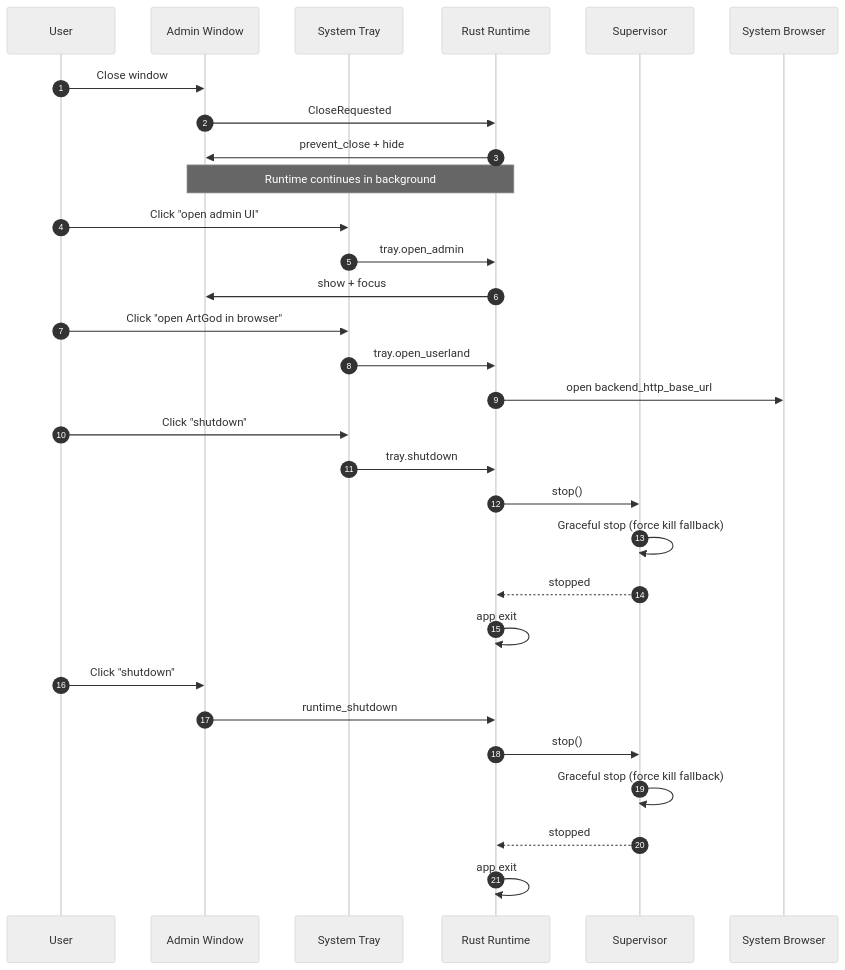
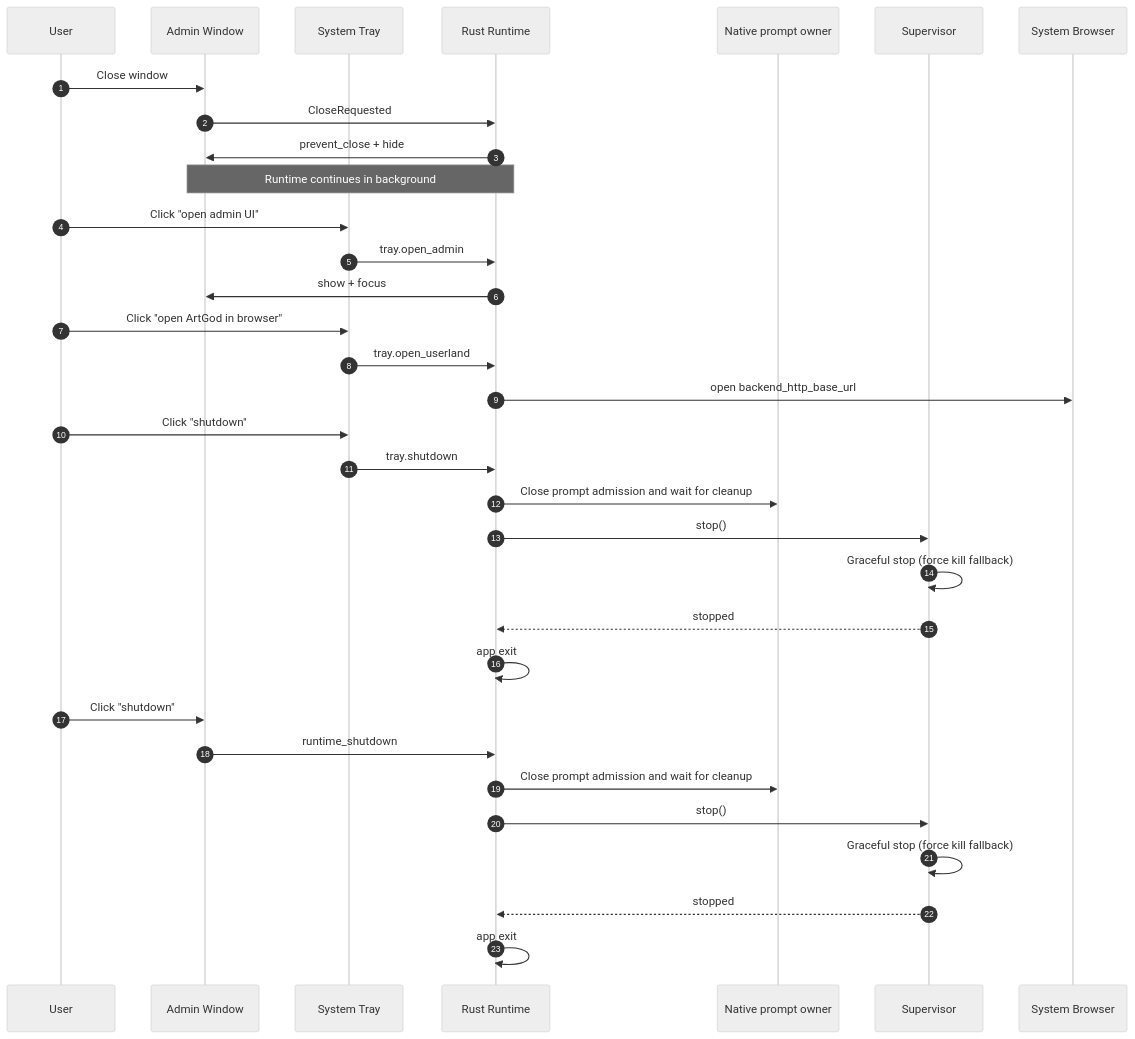
Before and after one commit to d347h-eth/artgod: the diagram in docs/diagrams/03-desktop-window-tray-operations.md, drawn with Mermaid (neutral theme). The commit also changed other lines of this file and 17 other files, not shown here.

````diff
--- a/docs/diagrams/03-desktop-window-tray-operations.md
+++ b/docs/diagrams/03-desktop-window-tray-operations.md
@@ -5,37 +5,40 @@
 ```mermaid
 sequenceDiagram
     autonumber
     participant U as User
     participant W as Admin Window
     participant TR as System Tray
     participant R as Rust Runtime
+    participant P as Native prompt owner
     participant S as Supervisor
     participant OS as System Browser
 
     U->>W: Close window
     W->>R: CloseRequested
     R->>W: prevent_close + hide
     Note over W,R: Runtime continues in background
 
     U->>TR: Click "open admin UI"
     TR->>R: tray.open_admin
     R->>W: show + focus
 
     U->>TR: Click "open ArtGod in browser"
     TR->>R: tray.open_userland
     R->>OS: open backend_http_base_url
 
     U->>TR: Click "shutdown"
     TR->>R: tray.shutdown
+    R->>P: Close prompt admission and wait for cleanup
     R->>S: stop()
     S->>S: Graceful stop (force kill fallback)
     S-->>R: stopped
     R->>R: app exit
 
     U->>W: Click "shutdown"
     W->>R: runtime_shutdown
+    R->>P: Close prompt admission and wait for cleanup
     R->>S: stop()
     S->>S: Graceful stop (force kill fallback)
     S-->>R: stopped
     R->>R: app exit
 ```
````
